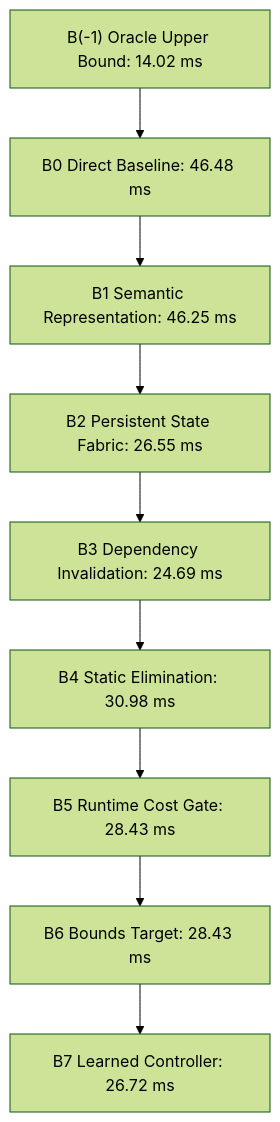
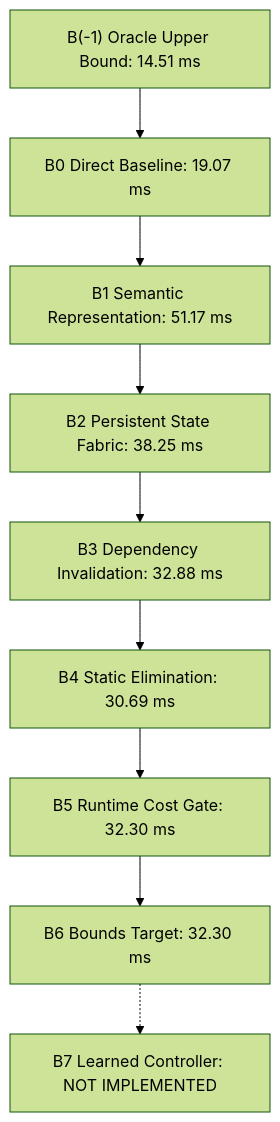
The second of 2 diagrams in docs/BENCHMARK_REPORT.md (PrivateAccount-01/CNE), drawn with Mermaid (forest theme) before and after one commit. The commit also changed other lines of this file and 18 other files, not shown here.

First line of the commit message:
fix(core,bench): resolve 9 architectural defects and reconcile benchmarks

````diff
--- a/docs/BENCHMARK_REPORT.md
+++ b/docs/BENCHMARK_REPORT.md
@@ -86,11 +87,11 @@
 ```mermaid
 graph TD
-    Bm1["B(-1) Oracle Upper Bound: 14.02 ms"] --> B0["B0 Direct Baseline: 46.48 ms"]
-    B0 --> B1["B1 Semantic Representation: 46.25 ms"]
-    B1 --> B2["B2 Persistent State Fabric: 26.55 ms"]
-    B2 --> B3["B3 Dependency Invalidation: 24.69 ms"]
-    B3 --> B4["B4 Static Elimination: 30.98 ms"]
-    B4 --> B5["B5 Runtime Cost Gate: 28.43 ms"]
-    B5 --> B6["B6 Bounds Target: 28.43 ms"]
-    B6 --> B7["B7 Learned Controller: 26.72 ms"]
+    Bm1["B(-1) Oracle Upper Bound: 14.51 ms"] --> B0["B0 Direct Baseline: 19.07 ms"]
+    B0 --> B1["B1 Semantic Representation: 51.17 ms"]
+    B1 --> B2["B2 Persistent State Fabric: 38.25 ms"]
+    B2 --> B3["B3 Dependency Invalidation: 32.88 ms"]
+    B3 --> B4["B4 Static Elimination: 30.69 ms"]
+    B4 --> B5["B5 Runtime Cost Gate: 32.30 ms"]
+    B5 --> B6["B6 Bounds Target: 32.30 ms"]
+    B6 -.-> B7["B7 Learned Controller: NOT IMPLEMENTED"]
 ```
````
